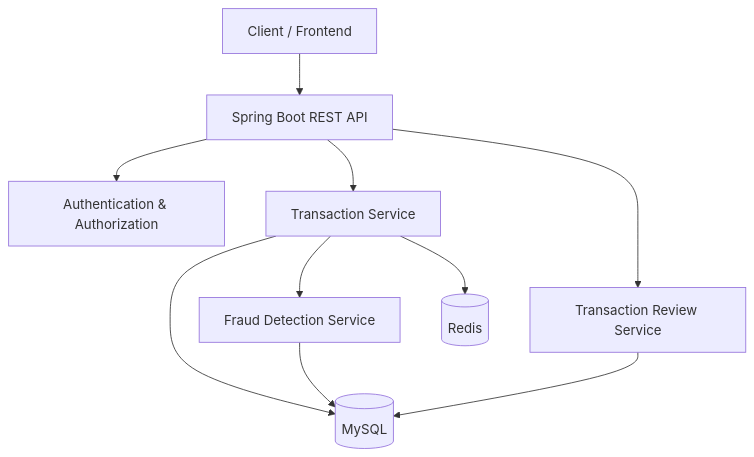
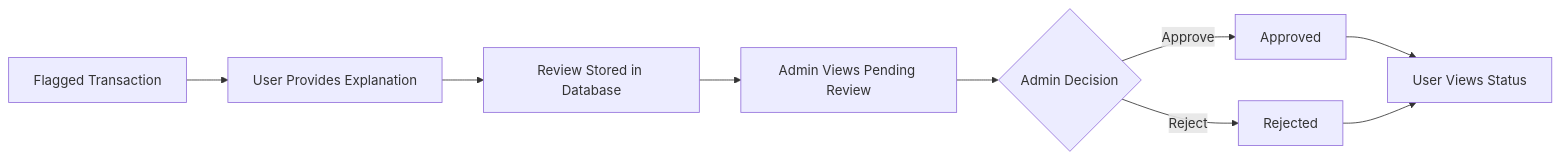
One commit to sujithakrishna/payshield-transaction-risk-system changed the second of 5 diagrams in README.md. Above: the diagram before and after it, drawn with Mermaid. The commit also changed other lines of this file, not shown here.

````diff
--- a/README.md
+++ b/README.md
@@ -752,33 +304,13 @@
 ```mermaid
-flowchart TB
+flowchart LR
+    A[Flagged Transaction] --> B[User Provides Explanation]
+    B --> C[Review Stored in Database]
+    C --> D[Admin Views Pending Review]
+    D --> E{Admin Decision}
 
-    CLIENT[Client / Frontend]
+    E -->|Approve| F[Approved]
+    E -->|Reject| G[Rejected]
 
-    API[Spring Boot REST API]
-
-    AUTH[Authentication & Authorization]
-
-    TRANSACTION[Transaction Service]
-
-    FRAUD[Fraud Detection Service]
-
-    REVIEW[Transaction Review Service]
-
-    DB[(MySQL)]
-
-    CACHE[(Redis)]
-
-    CLIENT --> API
-
-    API --> AUTH
-    API --> TRANSACTION
-    API --> REVIEW
-
-    TRANSACTION --> FRAUD
-    TRANSACTION --> DB
-    TRANSACTION --> CACHE
-
-    FRAUD --> DB
-
-    REVIEW --> DB
+    F --> H[User Views Status]
+    G --> H
 ```
````
